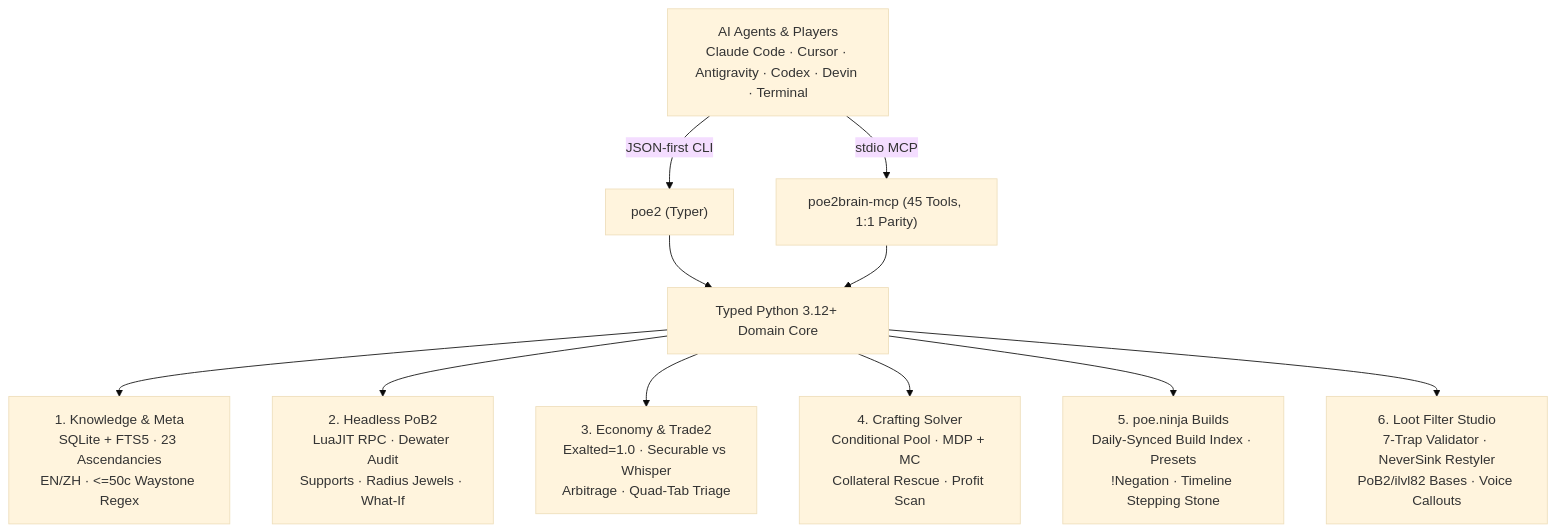
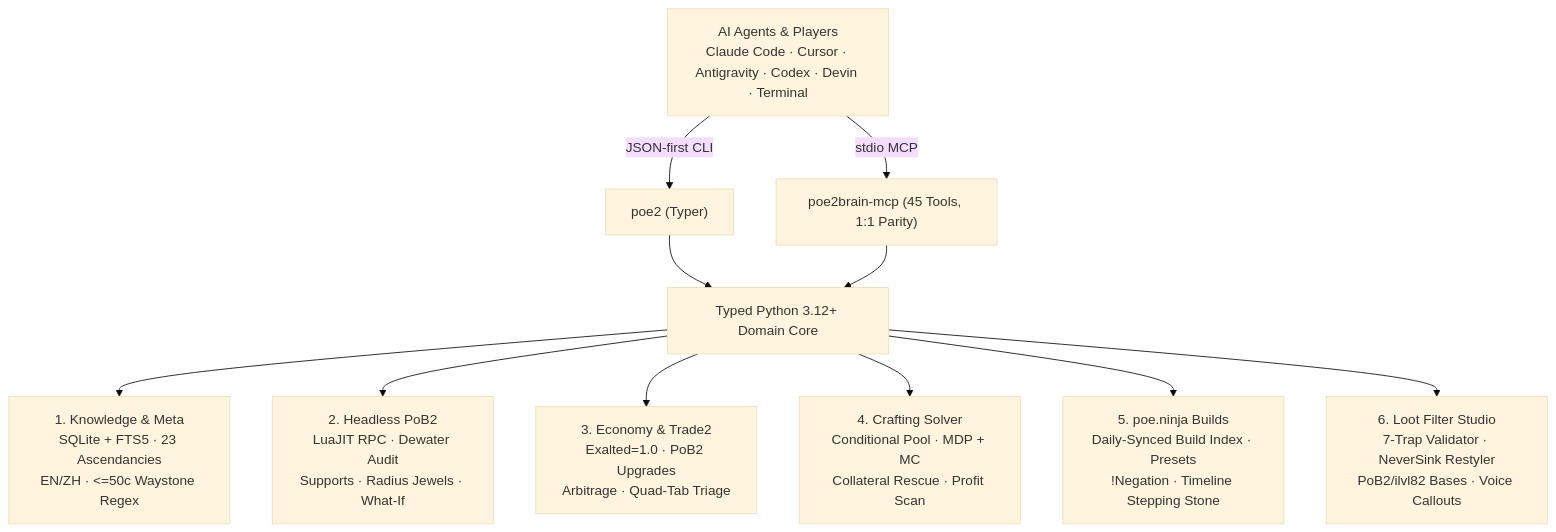
The diagram in README.md (lifan-builds/poe2brain), drawn with Mermaid (base theme) before and after one commit. The commit also changed other lines of this file and 5 other files, not shown here.

````diff
--- a/README.md
+++ b/README.md
@@ -136,15 +136,15 @@
 ```mermaid
 flowchart TB
     A["AI Agents & Players<br/>Claude Code · Cursor · Antigravity · Codex · Devin · Terminal"]
     A -->|JSON-first CLI| CLI["poe2 (Typer)"]
     A -->|stdio MCP| MCP["poe2brain-mcp (45 Tools, 1:1 Parity)"]
     CLI --> CORE["Typed Python 3.12+ Domain Core"]
     MCP --> CORE
 
     CORE --> P1["1. Knowledge & Meta<br/>SQLite + FTS5 · 23 Ascendancies<br/>EN/ZH · <=50c Waystone Regex"]
     CORE --> P2["2. Headless PoB2<br/>LuaJIT RPC · Dewater Audit<br/>Supports · Radius Jewels · What-If"]
-    CORE --> P3["3. Economy & Trade2<br/>Exalted=1.0 · Securable vs Whisper<br/>Arbitrage · Quad-Tab Triage"]
+    CORE --> P3["3. Economy & Trade2<br/>Exalted=1.0 · PoB2 Upgrades<br/>Arbitrage · Quad-Tab Triage"]
     CORE --> P4["4. Crafting Solver<br/>Conditional Pool · MDP + MC<br/>Collateral Rescue · Profit Scan"]
     CORE --> P5["5. poe.ninja Builds<br/>Daily-Synced Build Index · Presets<br/>!Negation · Timeline Stepping Stone"]
     CORE --> P6["6. Loot Filter Studio<br/>7-Trap Validator · NeverSink Restyler<br/>PoB2/ilvl82 Bases · Voice Callouts"]
 ```
````
